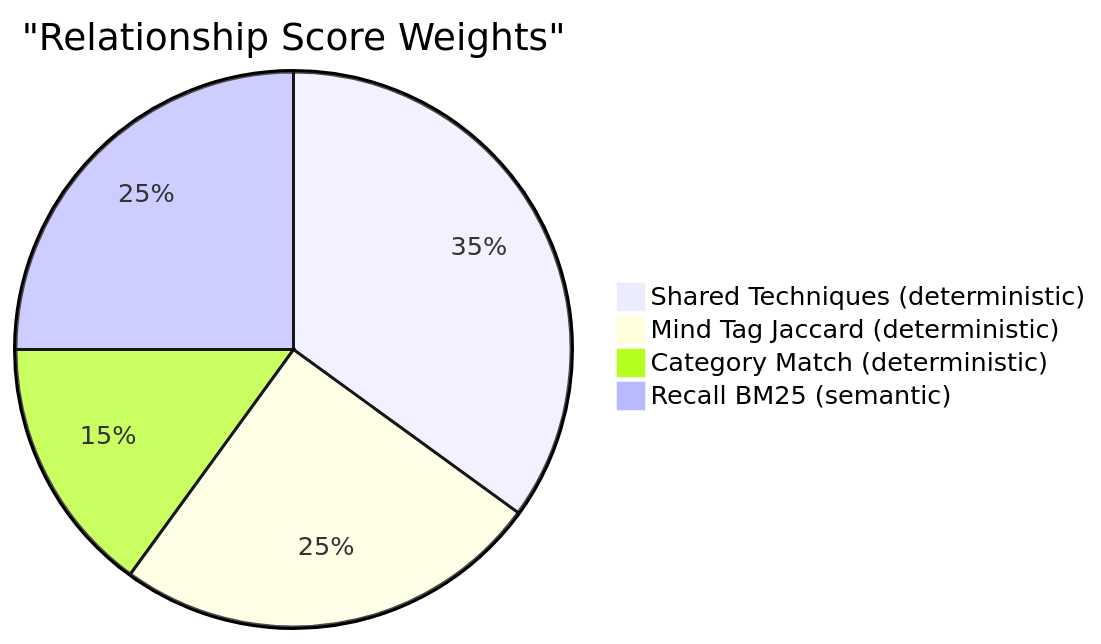
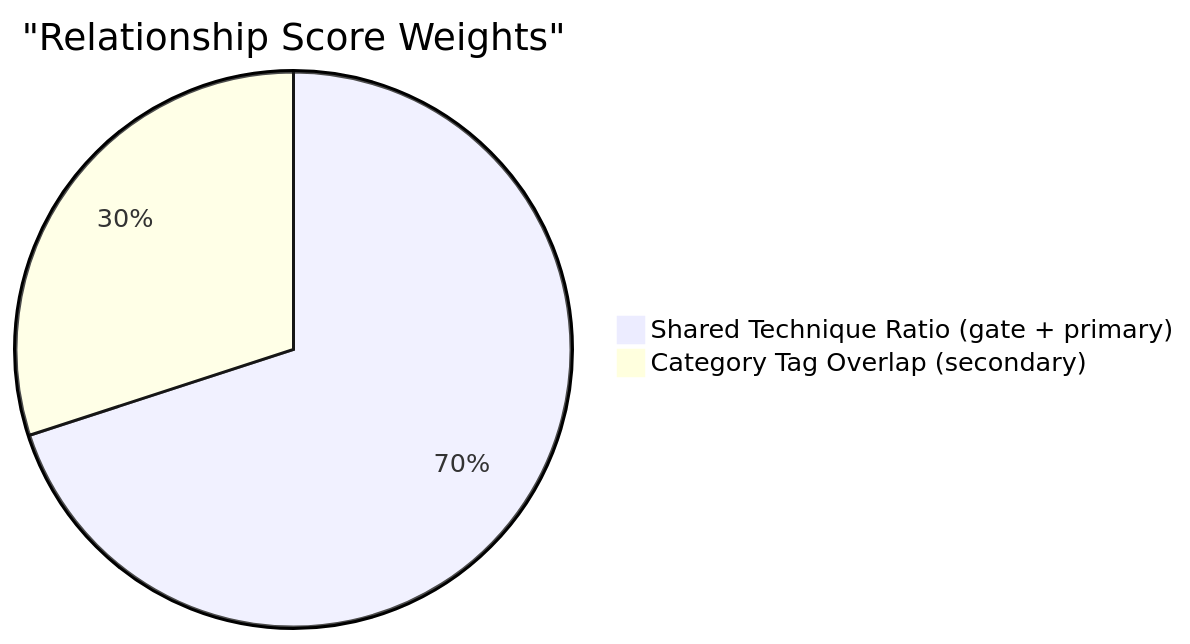
The fourth of 6 diagrams in packages/ux-lab/docs/taxonomy-mind-tag-fix-2026-03-26.md (grahama1970/pi-mono), drawn with Mermaid before and after one commit. The commit also changed other lines of this file and 5 other files, not shown here.

````diff
--- a/packages/ux-lab/docs/taxonomy-mind-tag-fix-2026-03-26.md
+++ b/packages/ux-lab/docs/taxonomy-mind-tag-fix-2026-03-26.md
@@ -134,7 +136,5 @@
 ```mermaid
 pie title "Relationship Score Weights"
-    "Shared Techniques (deterministic)" : 35
-    "Mind Tag Jaccard (deterministic)" : 25
-    "Category Match (deterministic)" : 15
-    "Recall BM25 (semantic)" : 25
+    "Shared Technique Ratio (gate + primary)" : 70
+    "Category Tag Overlap (secondary)" : 30
 ```
````
